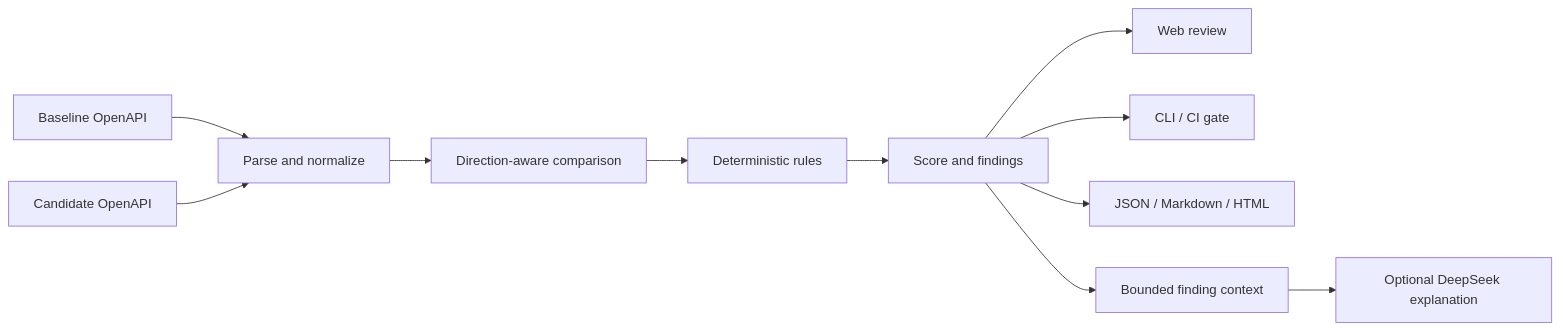
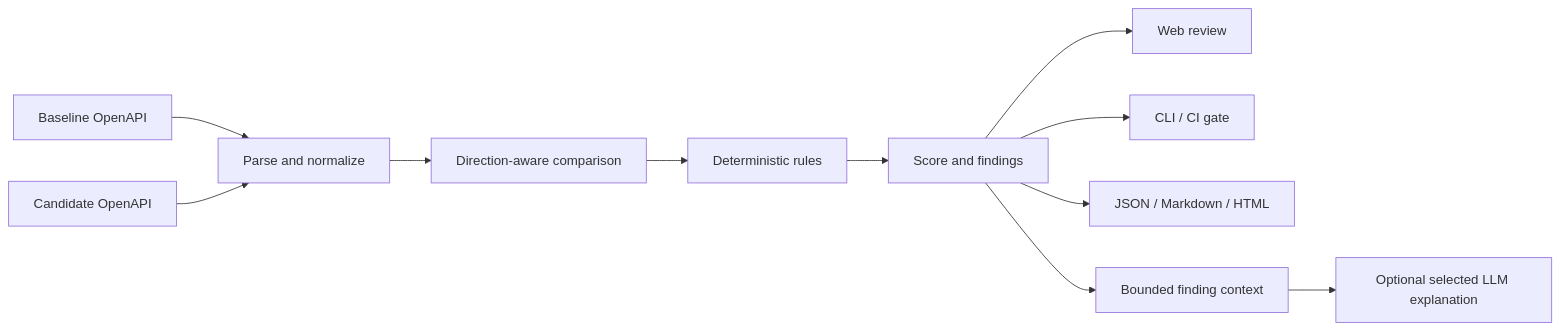
The diagram in README.md (mingxian233/ContractGuard), drawn with Mermaid before and after one commit. The commit also changed other lines of this file and 59 other files, not shown here.

````diff
--- a/README.md
+++ b/README.md
@@ -198,13 +225,13 @@
 ```mermaid
 flowchart LR
     A[Baseline OpenAPI] --> P[Parse and normalize]
     B[Candidate OpenAPI] --> P
     P --> D[Direction-aware comparison]
     D --> R[Deterministic rules]
     R --> S[Score and findings]
     S --> W[Web review]
     S --> C[CLI / CI gate]
     S --> E[JSON / Markdown / HTML]
     S --> M[Bounded finding context]
-    M --> AI[Optional DeepSeek explanation]
+    M --> AI[Optional selected LLM explanation]
 ```
````
